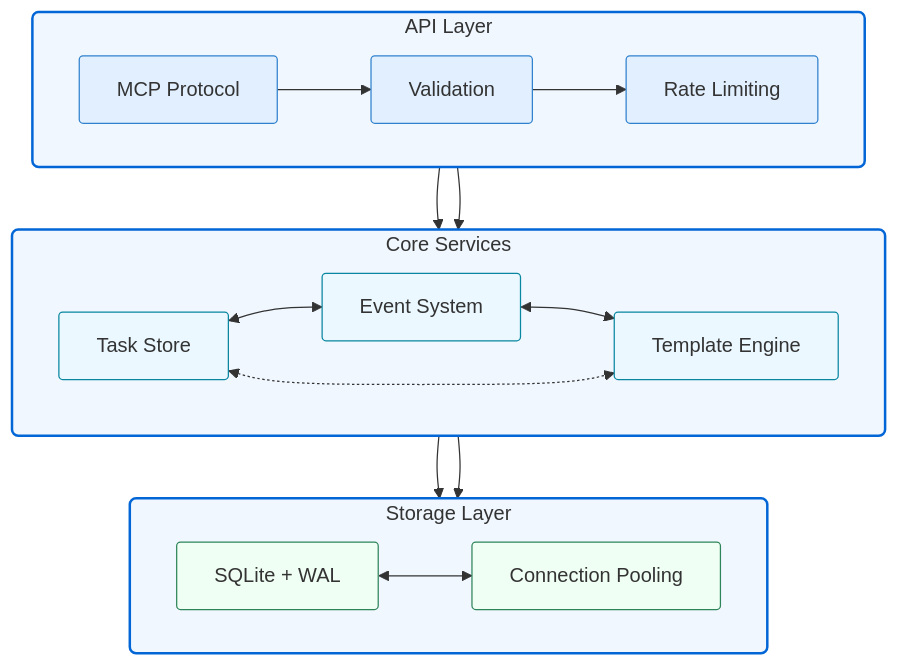
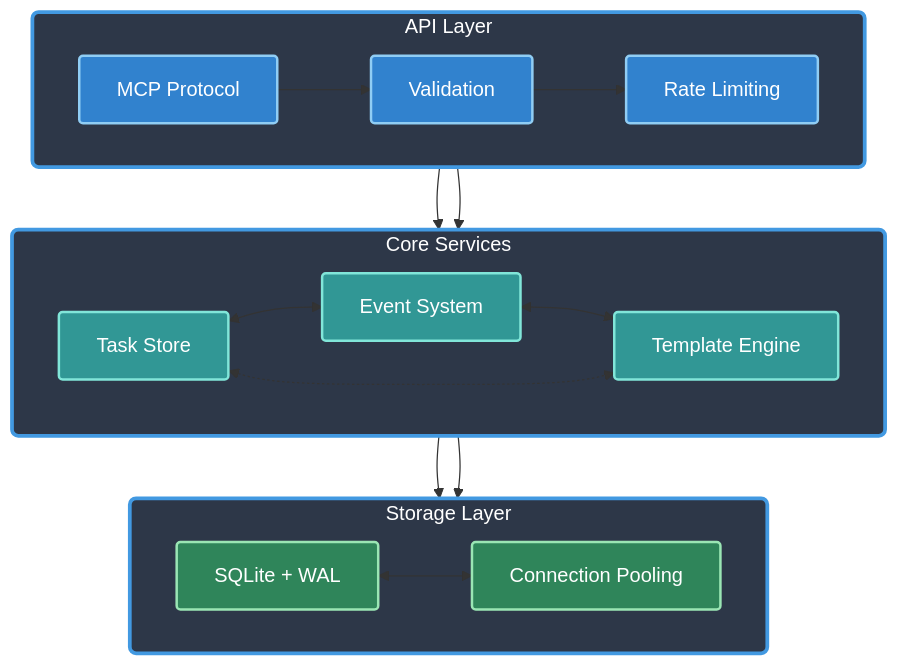
Before and after one commit to scotthamilton77/atlas-mcp-server: the diagram in README.md, drawn with Mermaid.

Commit message:
Improve architecture diagram colors for better dark mode visibility

````diff
--- a/README.md
+++ b/README.md
@@ -63,46 +63,46 @@
 ```mermaid
 flowchart TB
     subgraph API["API Layer"]
         direction LR
         MCP["MCP Protocol"]
         Val["Validation"]
         Rate["Rate Limiting"]
 
         MCP --> Val --> Rate
     end
 
     subgraph Core["Core Services"]
         direction LR
         Task["Task Store"]
         Event["Event System"]
         Template["Template Engine"]
 
         Task <--> Event
         Event <--> Template
         Task <-.-> Template
     end
 
     subgraph Storage["Storage Layer"]
         direction LR
         SQL["SQLite + WAL"]
         Pool["Connection Pooling"]
 
         SQL <--> Pool
     end
 
     Rate --> Task
     Rate --> Template
     Task --> SQL
     Template --> SQL
 
-    classDef layer fill:#f0f7ff,stroke:#0366d6,stroke-width:2px,rx:5
-    classDef component fill:#fff,stroke:#666,stroke-width:1px,rx:3
-    classDef api fill:#e1effe,stroke:#3182ce,stroke-width:1px,rx:3
-    classDef core fill:#ebf8ff,stroke:#0987a0,stroke-width:1px,rx:3
-    classDef storage fill:#f0fff4,stroke:#2f855a,stroke-width:1px,rx:3
+    classDef layer fill:#2d3748,stroke:#4299e1,stroke-width:3px,rx:5,color:#fff
+    classDef component fill:#1a202c,stroke:#a0aec0,stroke-width:2px,rx:3,color:#fff
+    classDef api fill:#3182ce,stroke:#90cdf4,stroke-width:2px,rx:3,color:#fff
+    classDef core fill:#319795,stroke:#81e6d9,stroke-width:2px,rx:3,color:#fff
+    classDef storage fill:#2f855a,stroke:#9ae6b4,stroke-width:2px,rx:3,color:#fff
 
     class API,Core,Storage layer
     class MCP,Val,Rate api
     class Task,Event,Template core
     class SQL,Pool storage
 ```
````
